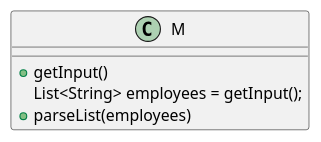
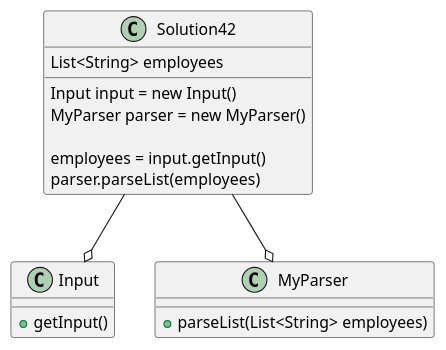
One commit to IronWarden/gadhia-a04 changed the diagram in exercise42/docs/exe42ClassDiagram.puml. Above: the diagram before and after it, drawn with PlantUML. The commit also changed 6 other files, not shown here.

Commit message:
fixed uml add copyright statements

```diff
--- a/exercise42/docs/exe42ClassDiagram.puml
+++ b/exercise42/docs/exe42ClassDiagram.puml
@@ -1,13 +1,30 @@
 @startuml
 
-class M {
-     +getInput()
-     List<String> employees = getInput();
-     +parseList(employees)
+class Solution42 {
+   List<String> employees
+   Input input = new Input()
+   MyParser parser = new MyParser()
+
+' method to get the input from Input class and update are list
+     employees = input.getInput()
+' method to parse the list and show results
+     parser.parseList(employees)
+
+
+}
+
+Solution42 --o Input
+
+class Input {
+   +getInput()
+}
+
+Solution42 --o MyParser
+
+class MyParser {
+  'parse the list and return it as a String[]
+  +parseList(List<String> employees)
 }
 
 
-
-
-
 @enduml
```
